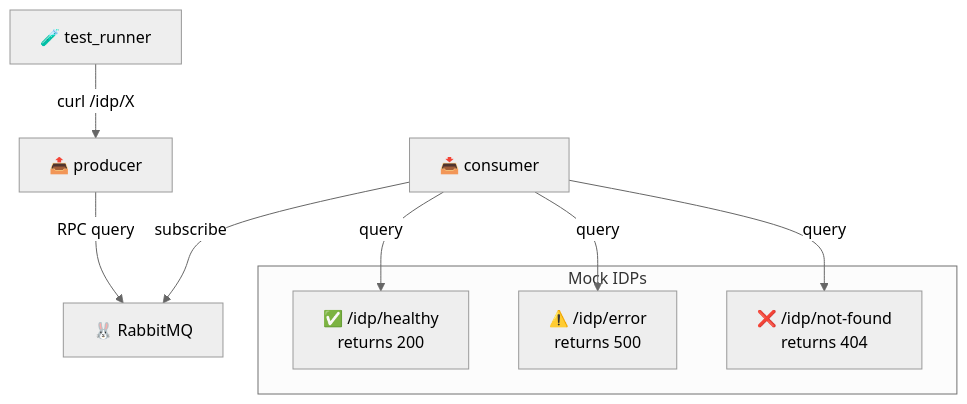
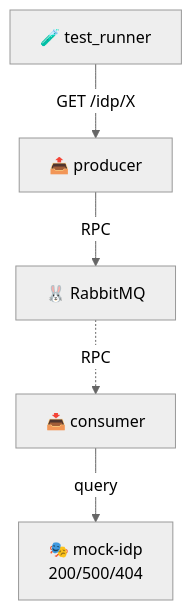
Before and after one commit to proconnect-gouv/idp-status-monitoring: the diagram in examples/idp_error_handling/README.md, drawn with Mermaid (neutral theme). The commit also changed 15 other files, not shown here.

````diff
--- a/examples/idp_error_handling/README.md
+++ b/examples/idp_error_handling/README.md
@@ -7,20 +7,13 @@
 ```mermaid
 graph TB
     test["🧪 test_runner"]
     producer["📤 producer"]
     consumer["📥 consumer"]
     rabbitmq["🐰 RabbitMQ"]
+    mock["🎭 mock-idp<br/>200/500/404"]
 
-    subgraph idps["Mock IDPs"]
-        healthy["✅ /idp/healthy<br/>returns 200"]
-        error["⚠️ /idp/error<br/>returns 500"]
-        notfound["❌ /idp/not-found<br/>returns 404"]
-    end
-
-    test -->|curl /idp/X| producer
-    producer -->|RPC query| rabbitmq
-    consumer -->|subscribe| rabbitmq
-    consumer -->|query| healthy
-    consumer -->|query| error
-    consumer -->|query| notfound
+    test -->|GET /idp/X| producer
+    producer -->|RPC| rabbitmq
+    rabbitmq -.->|RPC| consumer
+    consumer -->|query| mock
 ```
````
